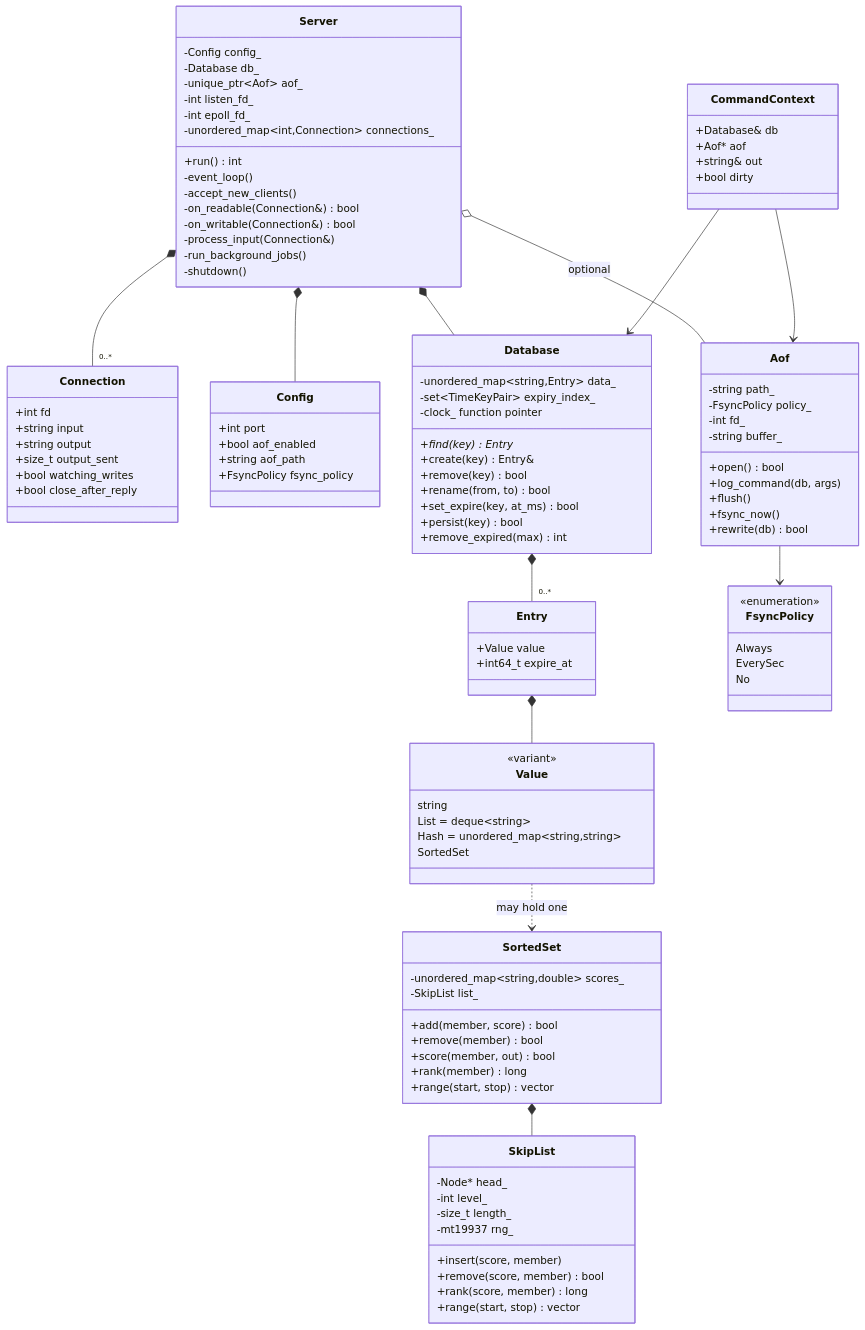
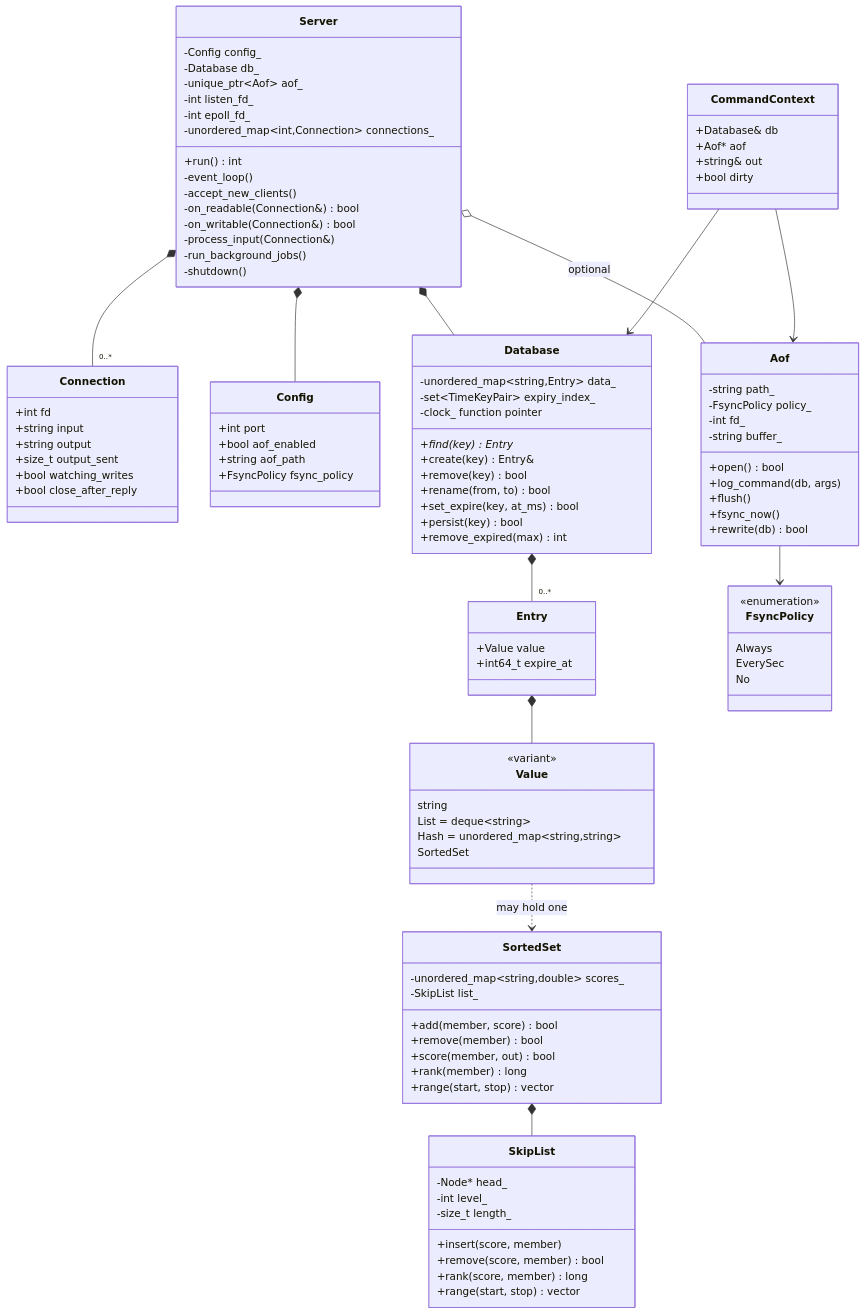
The fourth of 24 diagrams in docs/5-diagrams.md (X-Rachit-X/mini-Redis), drawn with Mermaid before and after one commit. The commit also changed other lines of this file and 10 other files, not shown here.

```diff
--- a/docs/5-diagrams.md
+++ b/docs/5-diagrams.md
@@ -216,7 +216,6 @@
         -Node* head_
         -int level_
         -size_t length_
-        -mt19937 rng_
         +insert(score, member)
         +remove(score, member) bool
         +rank(score, member) long
```
